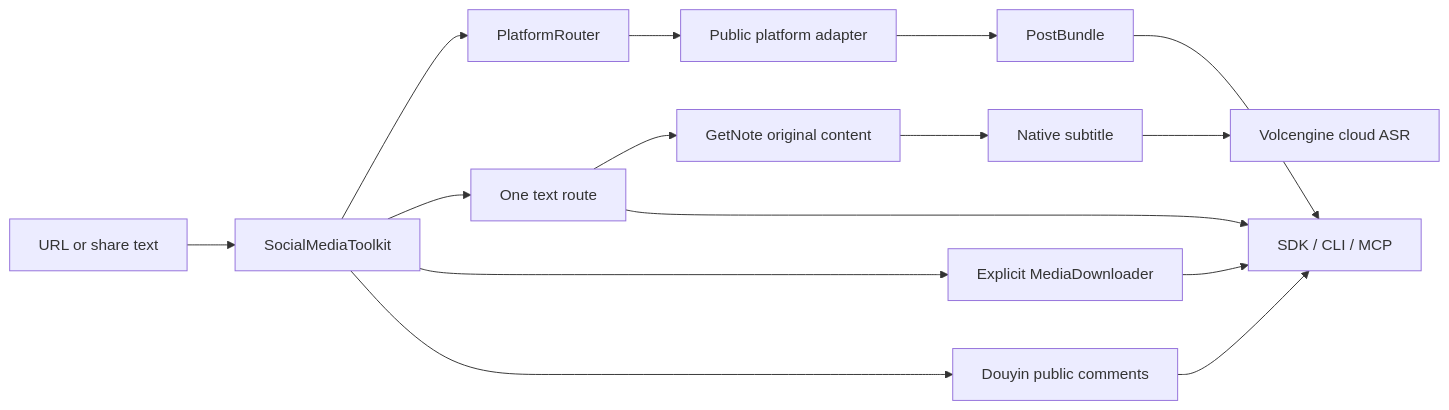
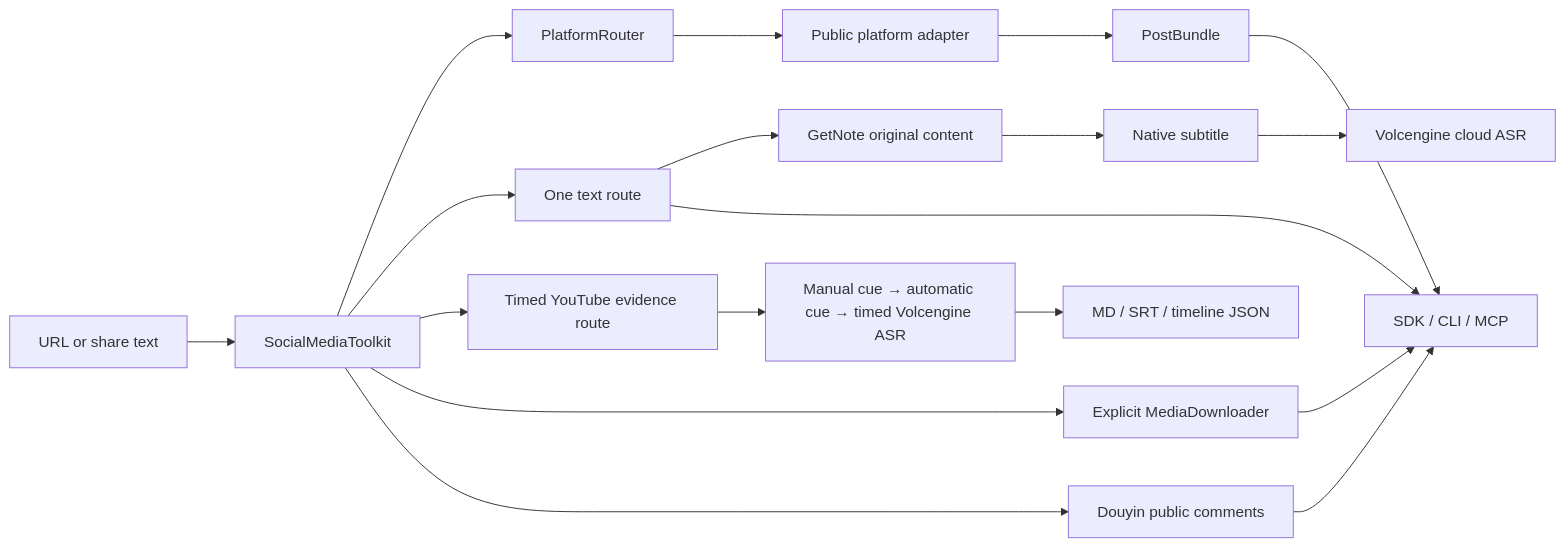
One commit to JNHFlow21/social-media-toolkit changed the diagram in docs/architecture.md. Above: the diagram before and after it, drawn with Mermaid. The commit also changed other lines of this file and 14 other files, not shown here.

Commit message:
feat: add timed YouTube transcript artifacts

````diff
--- a/docs/architecture.md
+++ b/docs/architecture.md
@@ -8,17 +8,20 @@
 ```mermaid
 flowchart LR
     U["URL or share text"] --> S["SocialMediaToolkit"]
     S --> R["PlatformRouter"]
     R --> P["Public platform adapter"]
     P --> B["PostBundle"]
     S --> T["One text route"]
     T --> G["GetNote original content"]
     G --> N["Native subtitle"]
     N --> V["Volcengine cloud ASR"]
+    S --> TT["Timed YouTube evidence route"]
+    TT --> TC["Manual cue → automatic cue → timed Volcengine ASR"]
+    TC --> A["MD / SRT / timeline JSON"]
     S --> D["Explicit MediaDownloader"]
     S --> C["Douyin public comments"]
     B --> O["SDK / CLI / MCP"]
     T --> O
     D --> O
     C --> O
 ```
````
